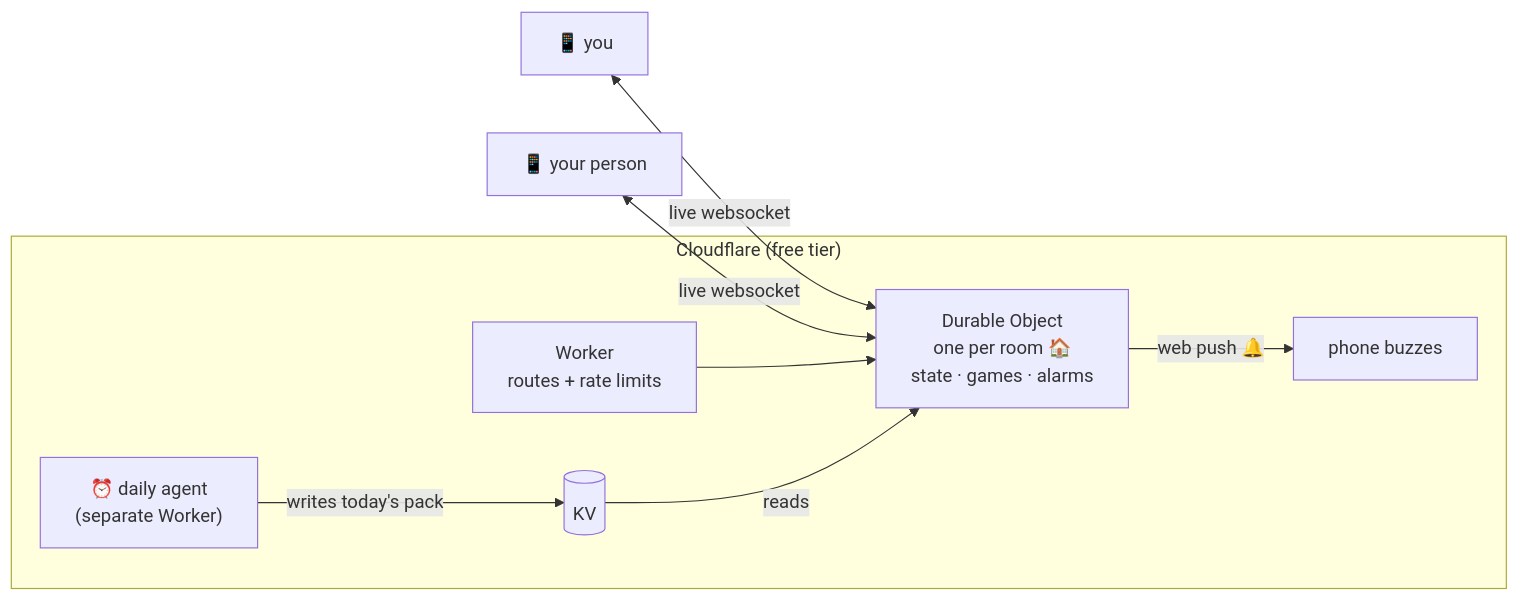
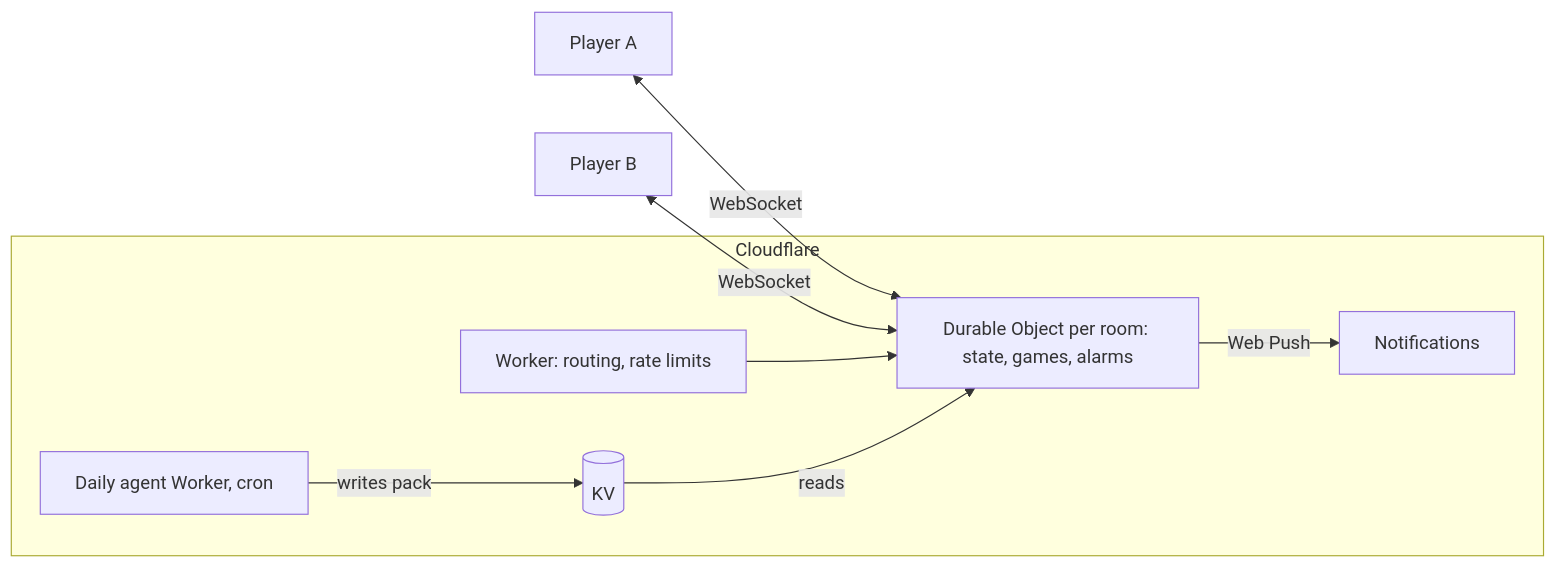
The diagram in README.md (sushantlokhande14/duo-drops), drawn with Mermaid before and after one commit. The commit also changed other lines of this file, not shown here.

````diff
--- a/README.md
+++ b/README.md
@@ -68,11 +46,11 @@
 ```mermaid
 flowchart LR
-  A["📱 you"] <-- "live websocket" --> R
-  B["📱 your person"] <-- "live websocket" --> R
-  subgraph CF["Cloudflare (free tier)"]
-    W["Worker<br/>routes + rate limits"] --> R["Durable Object<br/>one per room 🏠<br/>state · games · alarms"]
-    R -- "web push 🔔" --> P["phone buzzes"]
-    AG["⏰ daily agent<br/>(separate Worker)"] -- "writes today's pack" --> KV[("KV")]
-    KV -- "reads" --> R
+  A[Player A] <-- WebSocket --> R
+  B[Player B] <-- WebSocket --> R
+  subgraph Cloudflare
+    W[Worker: routing, rate limits] --> R[Durable Object per room: state, games, alarms]
+    R -- Web Push --> N[Notifications]
+    AG[Daily agent Worker, cron] -- writes pack --> KV[(KV)]
+    KV -- reads --> R
   end
 ```
````
